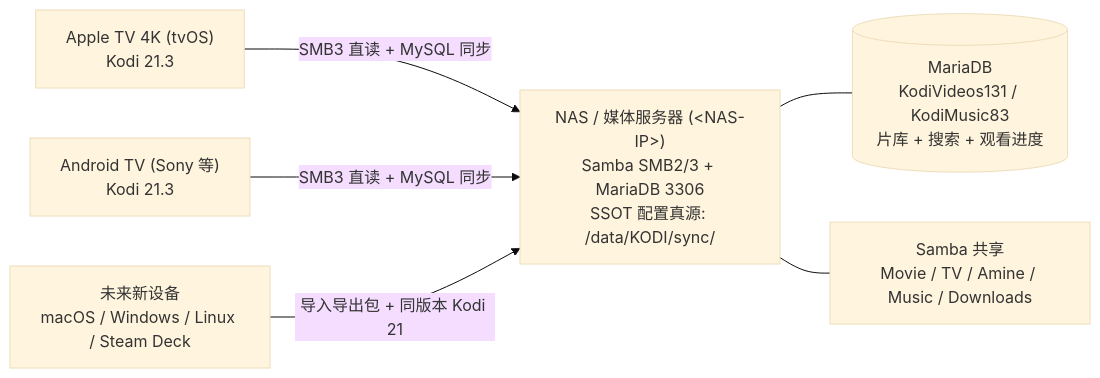
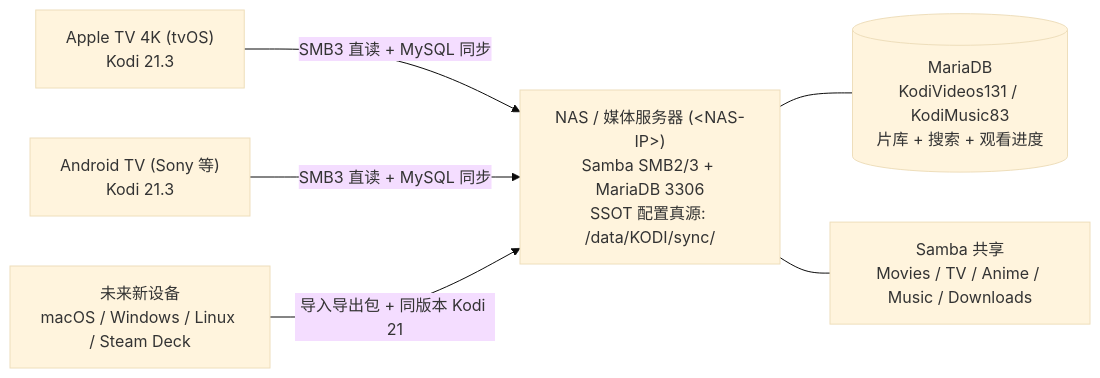
Before and after one commit to comicchang/trollstore-lite-tv: the diagram in docs/zh/KODI-SYNC.md, drawn with Mermaid (base theme). The commit also changed 25 other files, not shown here.

````diff
--- a/docs/zh/KODI-SYNC.md
+++ b/docs/zh/KODI-SYNC.md
@@ -22,15 +22,15 @@
 ```mermaid
 flowchart LR
     NAS["NAS / 媒体服务器 (&lt;NAS-IP&gt;)<br/>Samba SMB2/3 + MariaDB 3306<br/>SSOT 配置真源: /data/KODI/sync/"]
     DB[("MariaDB<br/>KodiVideos131 / KodiMusic83<br/>片库 + 搜索 + 观看进度")]
-    SMB["Samba 共享<br/>Movie / TV / Amine / Music / Downloads"]
+    SMB["Samba 共享<br/>Movies / TV / Anime / Music / Downloads"]
     ATV["Apple TV 4K (tvOS)<br/>Kodi 21.3"]
     TV["Android TV (Sony 等)<br/>Kodi 21.3"]
     NEW["未来新设备<br/>macOS / Windows / Linux / Steam Deck"]
 
     NAS --- DB
     NAS --- SMB
     ATV -->|SMB3 直读 + MySQL 同步| NAS
     TV -->|SMB3 直读 + MySQL 同步| NAS
     NEW -->|导入导出包 + 同版本 Kodi 21| NAS
 ```
````
